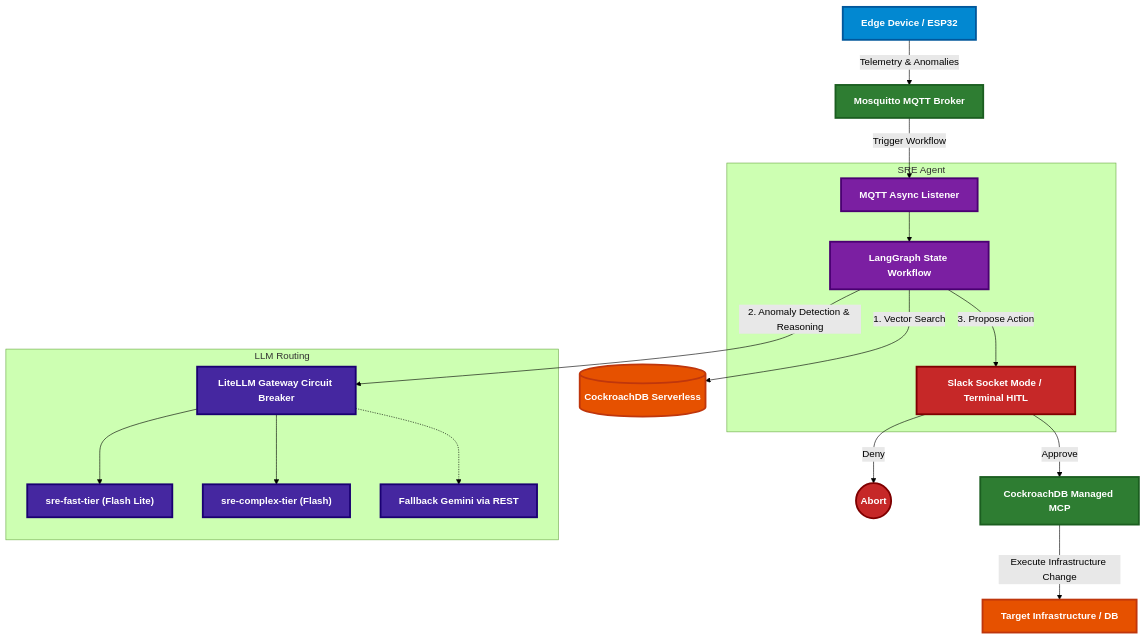
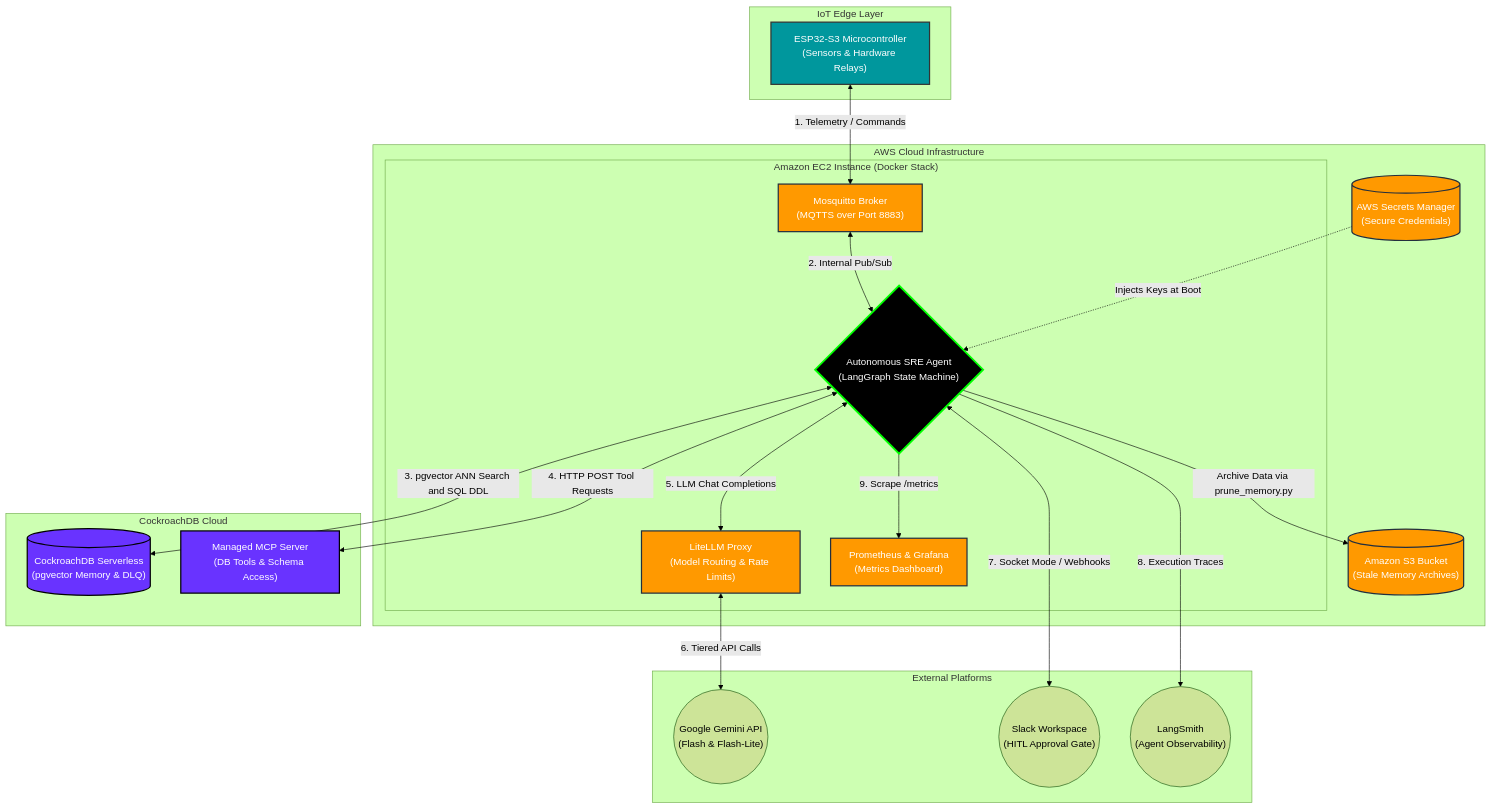
Before and after one commit to shawnsony07/Autonomous-SRE: the diagram in docs/diagrams/architecture.mmd, drawn with Mermaid (forest theme). The commit also changed 1 other file, not shown here.

Commit message:
Update architecture diagram again

```diff
--- a/docs/diagrams/architecture.mmd
+++ b/docs/diagrams/architecture.mmd
@@ -1,43 +1,58 @@
-flowchart TD
+graph TD
+    subgraph "IoT Edge Layer"
+        ESP32["ESP32-S3 Microcontroller<br>(Sensors & Hardware Relays)"]
+    end
+
+    subgraph "AWS Cloud Infrastructure"
+        SM[("AWS Secrets Manager<br>(Secure Credentials)")]
+        S3[("Amazon S3 Bucket<br>(Stale Memory Archives)")]
+
+        subgraph "Amazon EC2 Instance (Docker Stack)"
+            Broker["Mosquitto Broker<br>(MQTTS over Port 8883)"]
+            Agent{"Autonomous SRE Agent<br>(LangGraph State Machine)"}
+            LiteLLM["LiteLLM Proxy<br>(Model Routing & Rate Limits)"]
+            Grafana["Prometheus & Grafana<br>(Metrics Dashboard)"]
+        end
+    end
+
+    subgraph "CockroachDB Cloud"
+        CRDB[("CockroachDB Serverless<br>(pgvector Memory & DLQ)")]
+        MCP["Managed MCP Server<br>(DB Tools & Schema Access)"]
+    end
+
+    subgraph "External Platforms"
+        Gemini(("Google Gemini API<br>(Flash & Flash-Lite)"))
+        Slack(("Slack Workspace<br>(HITL Approval Gate)"))
+        LangSmith(("LangSmith<br>(Agent Observability)"))
+    end
+
+    %% Edge to AWS
+    ESP32 <-->|1. Telemetry / Commands| Broker
+    Broker <-->|2. Internal Pub/Sub| Agent
+
+    %% AWS Services
+    SM -.->|Injects Keys at Boot| Agent
+    Agent -->|Archive Data via prune_memory.py| S3
+
+    %% Agent to CockroachDB
+    Agent <-->|3. pgvector ANN Search and SQL DDL| CRDB
+    Agent <-->|4. HTTP POST Tool Requests| MCP
+
+    %% Agent to AI & External
+    Agent <-->|5. LLM Chat Completions| LiteLLM
+    LiteLLM <-->|6. Tiered API Calls| Gemini
+    
+    Agent <-->|7. Socket Mode / Webhooks| Slack
+    Agent -->|8. Execution Traces| LangSmith
+    Agent -->|9. Scrape /metrics| Grafana
+
     %% Styling
-    classDef edge fill:#0288d1,stroke:#01579b,stroke-width:3px,color:#fff,font-weight:bold
-    classDef agent fill:#7b1fa2,stroke:#4a0072,stroke-width:3px,color:#fff,font-weight:bold
-    classDef service fill:#2e7d32,stroke:#1b5e20,stroke-width:3px,color:#fff,font-weight:bold
-    classDef danger fill:#c62828,stroke:#7f0000,stroke-width:3px,color:#fff,font-weight:bold
-    classDef db fill:#e65100,stroke:#bf360c,stroke-width:3px,color:#fff,font-weight:bold
-    classDef llm fill:#4527a0,stroke:#1a0072,stroke-width:3px,color:#fff,font-weight:bold
-
-    %% Define Edge & Infrastructure
-    ESP32["Edge Device / ESP32"]:::edge -- Telemetry & Anomalies --> MQTT["Mosquitto MQTT Broker"]:::service
+    classDef aws fill:#FF9900,stroke:#232F3E,stroke-width:2px,color:white;
+    classDef crdb fill:#6933FF,stroke:#000000,stroke-width:2px,color:white;
+    classDef agent fill:#000000,stroke:#00FF00,stroke-width:3px,color:white;
+    classDef edge fill:#00979D,stroke:#333333,stroke-width:2px,color:white;
     
-    %% SRE Agent Core
-    subgraph SRE Agent
-        MQTT_Listener["MQTT Async Listener"]:::agent
-        LangGraph["LangGraph State Workflow"]:::agent
-        HITL["Slack Socket Mode / Terminal HITL"]:::danger
-    end
-    
-    MQTT -- Trigger Workflow --> MQTT_Listener
-    MQTT_Listener --> LangGraph
-    
-    %% External Services
-    LiteLLM["LiteLLM Gateway Circuit Breaker"]:::llm
-    CockroachDB[("CockroachDB Serverless")]:::db
-    MCP["CockroachDB Managed MCP"]:::service
-
-    %% Flow interactions
-    LangGraph -- 1. Vector Search --> CockroachDB
-    LangGraph -- 2. Anomaly Detection & Reasoning --> LiteLLM
-    LangGraph -- 3. Propose Action --> HITL
-    
-    HITL -- Approve --> MCP
-    MCP -- Execute Infrastructure Change --> System["Target Infrastructure / DB"]:::db
-    
-    HITL -- Deny --> Abort(("Abort")):::danger
-    
-    %% LLM Tiers
-    subgraph LLM Routing
-        LiteLLM --> FastTier["sre-fast-tier (Flash Lite)"]:::llm
-        LiteLLM --> ComplexTier["sre-complex-tier (Flash)"]:::llm
-        LiteLLM -.-> Gemini["Fallback Gemini via REST"]:::llm
-    end
+    class SM,S3,Broker,Grafana,LiteLLM aws;
+    class CRDB,MCP crdb;
+    class Agent agent;
+    class ESP32 edge;
```
